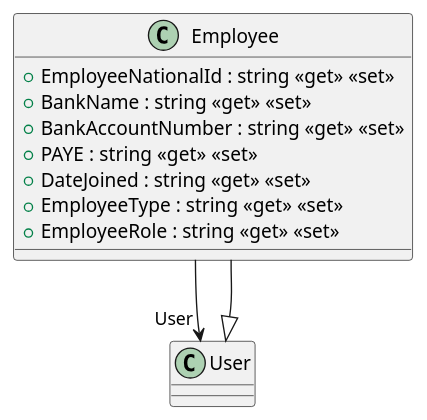
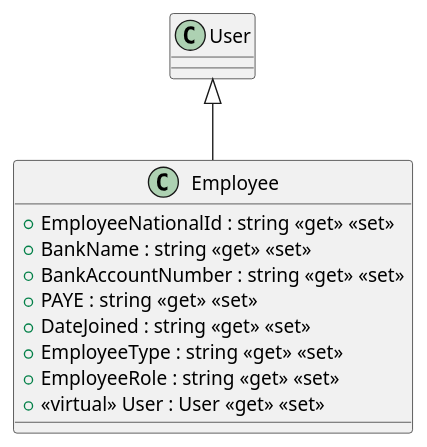
Before and after one commit to timothxy/ICT2106_P3_Project: the diagram in YouthActionDotNet/UML/Models/Employee.puml, drawn with PlantUML. The commit also changed 23 other files, not shown here.

```diff
--- a/YouthActionDotNet/UML/Models/Employee.puml
+++ b/YouthActionDotNet/UML/Models/Employee.puml
@@ -1,13 +1,13 @@
 @startuml
 class Employee {
     + EmployeeNationalId : string <<get>> <<set>>
     + BankName : string <<get>> <<set>>
     + BankAccountNumber : string <<get>> <<set>>
     + PAYE : string <<get>> <<set>>
     + DateJoined : string <<get>> <<set>>
     + EmployeeType : string <<get>> <<set>>
     + EmployeeRole : string <<get>> <<set>>
+    + <<virtual>> User : User <<get>> <<set>>
 }
 User <|-- Employee
-Employee --> "User" User
 @enduml
```
